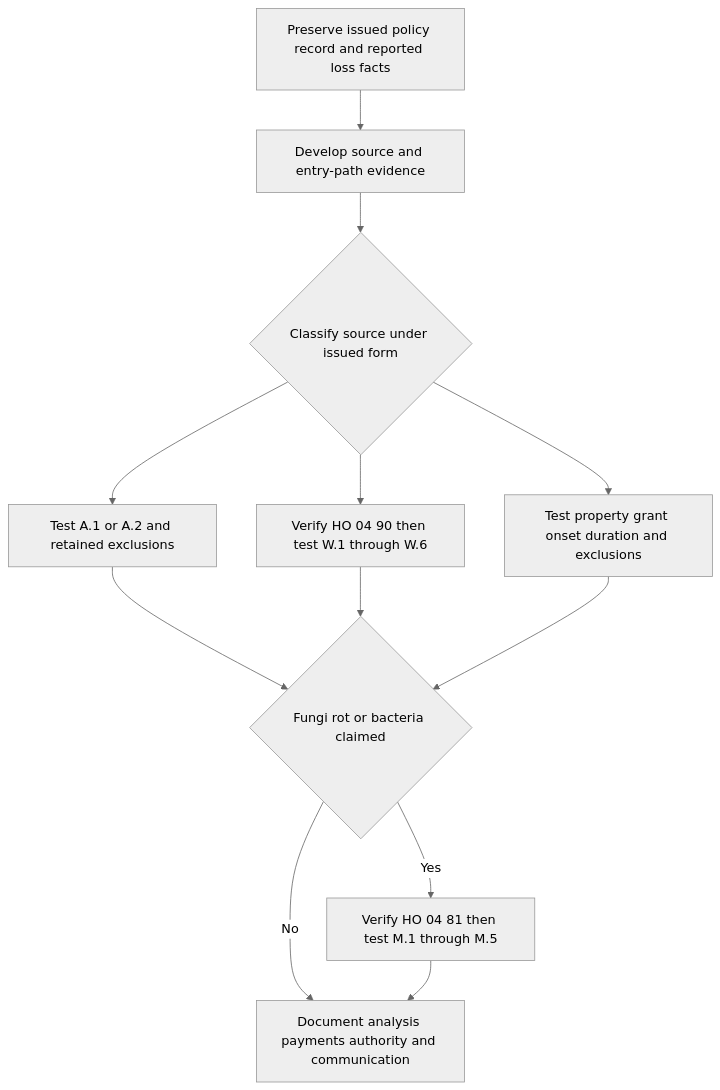
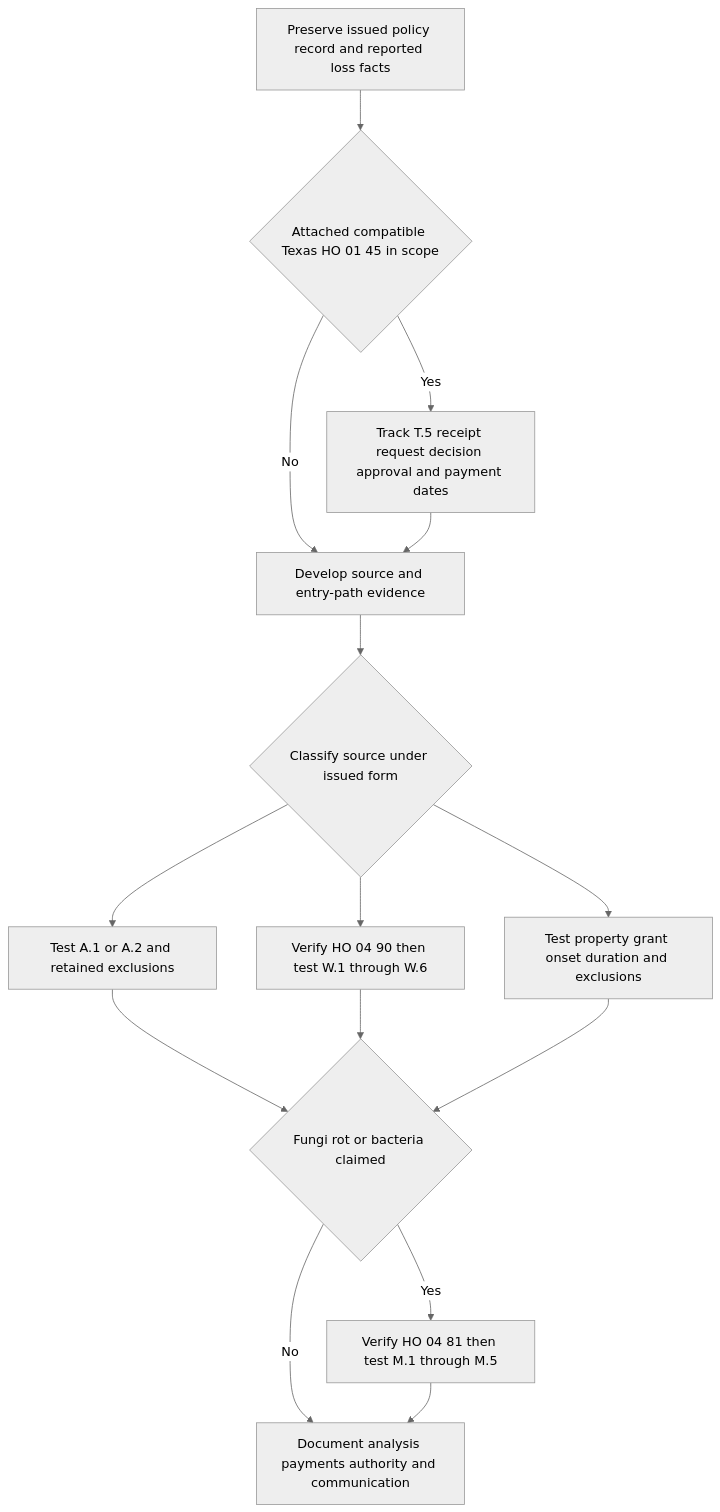
Before and after one commit to eugeneliu-86/openwiki-insurance-corpus: the diagram in openwiki/operations/claims-water-loss-handling.md, drawn with Mermaid (neutral theme). The commit also changed other lines of this file and 47 other files, not shown here.

````diff
--- a/openwiki/operations/claims-water-loss-handling.md
+++ b/openwiki/operations/claims-water-loss-handling.md
@@ -49,14 +49,17 @@
 ```mermaid
 flowchart TD
-    Intake["Preserve issued policy record and reported loss facts"] --> Source["Develop source and entry-path evidence"]
+    Intake["Preserve issued policy record and reported loss facts"] --> Texas{"Attached compatible Texas HO 01 45 in scope"}
+    Texas -- "Yes" --> Timing["Track T.5 receipt request decision approval and payment dates"]
+    Texas -- "No" --> Source["Develop source and entry-path evidence"]
+    Timing --> Source
     Source --> Classify{"Classify source under issued form"}
     Classify --> Surface["Test A.1 or A.2 and retained exclusions"]
     Classify --> Backup["Verify HO 04 90 then test W.1 through W.6"]
     Classify --> Internal["Test property grant onset duration and exclusions"]
     Surface --> Fungi{"Fungi rot or bacteria claimed"}
     Backup --> Fungi
     Internal --> Fungi
-    Fungi -- Yes --> Mold["Verify HO 04 81 then test M.1 through M.5"]
-    Fungi -- No --> Resolve["Document analysis payments authority and communication"]
+    Fungi -- "Yes" --> Mold["Verify HO 04 81 then test M.1 through M.5"]
+    Fungi -- "No" --> Resolve["Document analysis payments authority and communication"]
     Mold --> Resolve
 ```
````
